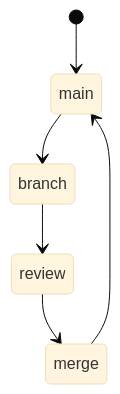
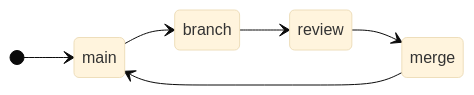
Before and after one commit to sdncoder/sdncoder.github.io: the first of 2 diagrams in README.md, drawn with Mermaid (base theme).

````diff
--- a/README.md
+++ b/README.md
@@ -16,8 +16,9 @@
 ```mermaid
    stateDiagram
+   direction LR
     [*] --> main
     main --> branch
     branch --> review
     review --> merge
     merge --> main
  ```
````
